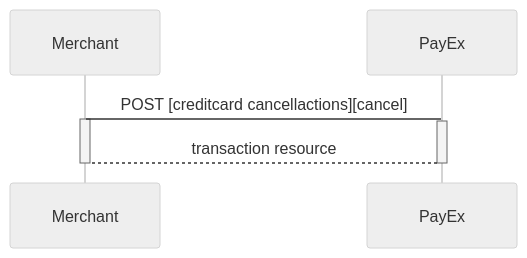
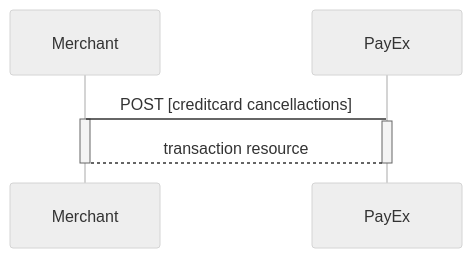
One commit to SwedbankPay/developer.swedbankpay.com changed the second of 10 diagrams in payments/credit-card/after-payment.md. Above: the diagram before and after it, drawn with Mermaid (neutral theme). The commit also changed other lines of this file, not shown here.

Commit message:
DX-266 fixed tables and, removed links in Mermaid diagrams, and fixing links

````diff
--- a/payments/credit-card/after-payment.md
+++ b/payments/credit-card/after-payment.md
@@ -403,9 +398,9 @@
 ```mermaid
 sequenceDiagram
-  Merchant->PayEx: POST [creditcard cancellactions][cancel]
+  Merchant->PayEx: POST [creditcard cancellactions]
   Activate Merchant
   Activate PayEx
   PayEx-->Merchant: transaction resource
   Deactivate PayEx
   Deactivate Merchant
 ```
````
